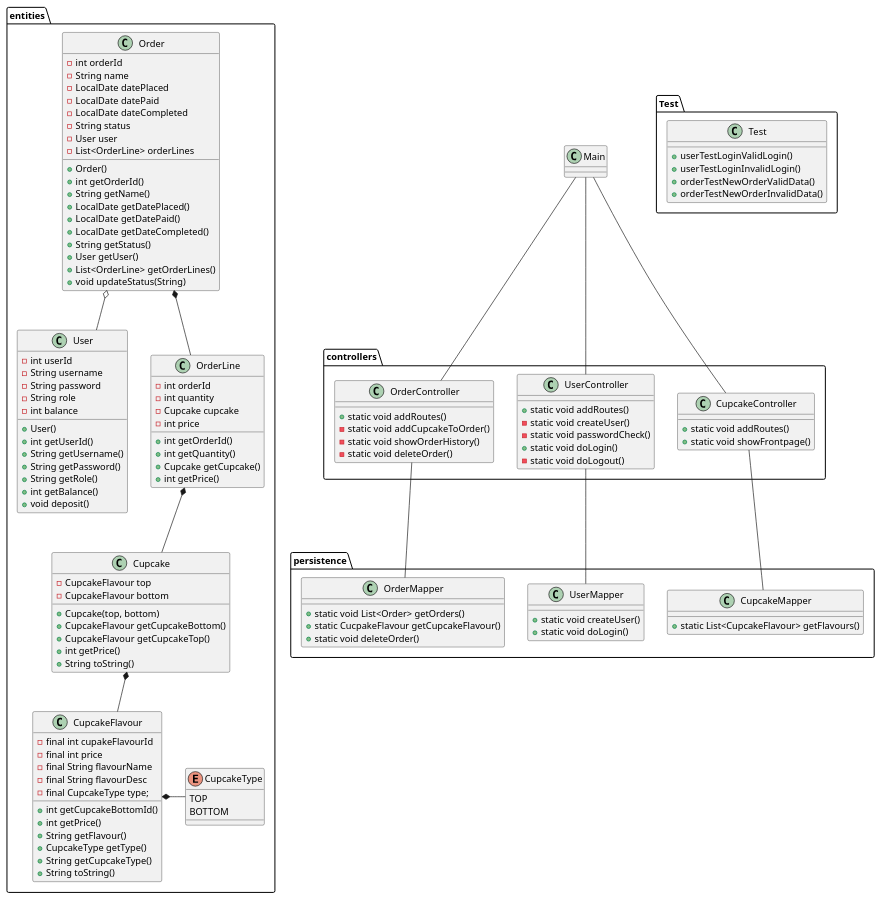
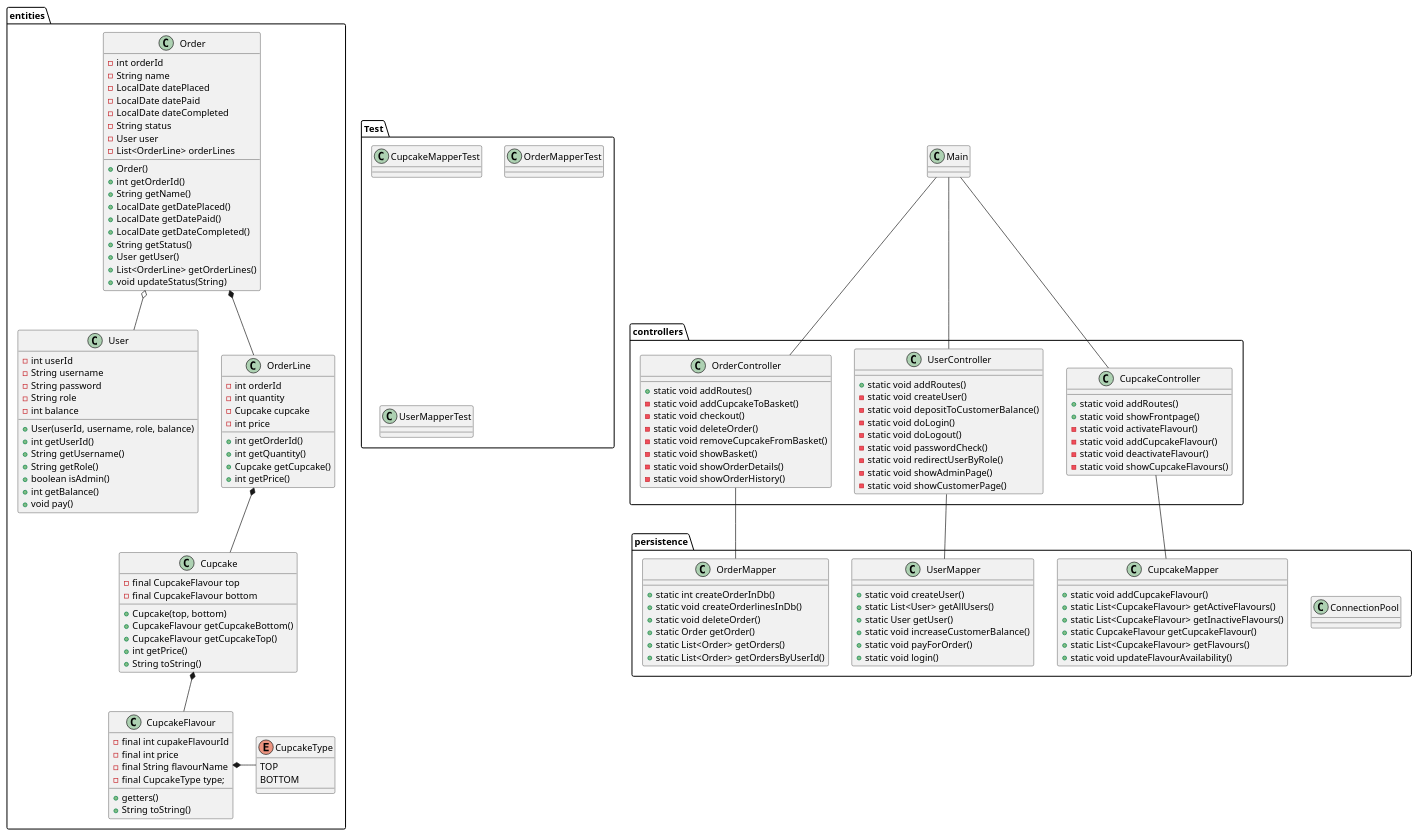
One commit to AndyTheDragon/Cupcake changed the diagram in docs/class-diagramv1.puml. Above: the diagram before and after it, drawn with PlantUML. The commit also changed 8 other files, not shown here.

Commit message:
UML diagrammer

```diff
--- a/docs/class-diagramv1.puml
+++ b/docs/class-diagramv1.puml
@@ -1,146 +1,165 @@
 @startuml
 'https://plantuml.com/class-diagram
 
 class Main {
 }
 
 package entities {
     enum CupcakeType {
         TOP
         BOTTOM
     }
     class CupcakeFlavour {
         - final int cupakeFlavourId
         - final int price
         - final String flavourName
-        - final String flavourDesc
         - final CupcakeType type;
-        + int getCupcakeBottomId()
-        + int getPrice()
-        + String getFlavour()
-        + CupcakeType getType()
-        + String getCupcakeType()
+        + getters()
         'override
         + String toString()
     }
 
     class Cupcake {
-        - CupcakeFlavour top
-        - CupcakeFlavour bottom
+        - final CupcakeFlavour top
+        - final CupcakeFlavour bottom
         + Cupcake(top, bottom)
         + CupcakeFlavour getCupcakeBottom()
         + CupcakeFlavour getCupcakeTop()
         + int getPrice()
         'override
         + String toString()
     }
 
     class User {
         - int userId
         - String username
         - String password
         - String role
         - int balance
-        + User()
+        + User(userId, username, role, balance)
         + int getUserId()
         + String getUsername()
-        + String getPassword()
         + String getRole()
+        + boolean isAdmin()
         + int getBalance()
-        + void deposit()
+        + void pay()
     }
 
     class Order {
         - int orderId
         - String name
         - LocalDate datePlaced
         - LocalDate datePaid
         - LocalDate dateCompleted
         - String status
         - User user
         - List<OrderLine> orderLines
         + Order()
         + int getOrderId()
         + String getName()
         + LocalDate getDatePlaced()
         + LocalDate getDatePaid()
         + LocalDate getDateCompleted()
         + String getStatus()
         + User getUser()
         + List<OrderLine> getOrderLines()
         + void updateStatus(String)
     }
     class OrderLine {
         - int orderId
         - int quantity
         - Cupcake cupcake
         - int price
         + int getOrderId()
         + int getQuantity()
         + Cupcake getCupcake()
         + int getPrice()
     }
 }
 
 package controllers {
     class CupcakeController {
         + static void addRoutes()
         + static void showFrontpage()
+        - static void activateFlavour()
+        - static void addCupcakeFlavour()
+        - static void deactivateFlavour()
+        - static void showCupcakeFlavours()
+
     }
     class UserController {
         + static void addRoutes()
         - static void createUser()
+        - static void depositToCustomerBalance()
+        - static void doLogin()
+        - static void doLogout()
         - static void passwordCheck()
-        + static void doLogin()
-        - static void doLogout()
+        - static void redirectUserByRole()
+        - static void showAdminPage()
+        - static void showCustomerPage()
     }
     class OrderController {
         + static void addRoutes()
-        - static void addCupcakeToOrder()
+        - static void addCupcakeToBasket()
+        - static void checkout()
+        - static void deleteOrder()
+        - static void removeCupcakeFromBasket()
+        - static void showBasket()
+        - static void showOrderDetails()
         - static void showOrderHistory()
-        - static void deleteOrder()
     }
 }
 
 package persistence {
+    class ConnectionPool {
+    }
     class CupcakeMapper {
+        + static void addCupcakeFlavour()
+        + static List<CupcakeFlavour> getActiveFlavours()
+        + static List<CupcakeFlavour> getInactiveFlavours()
+        + static CupcakeFlavour getCupcakeFlavour()
         + static List<CupcakeFlavour> getFlavours()
+        + static void updateFlavourAvailability()
 
     }
     class OrderMapper {
-        + static void List<Order> getOrders()
-        + static CucpakeFlavour getCupcakeFlavour()
+        + static int createOrderInDb()
+        + static void createOrderlinesInDb()
         + static void deleteOrder()
+        + static Order getOrder()
+        + static List<Order> getOrders()
+        + static List<Order> getOrdersByUserId()
     }
 
     class UserMapper {
         + static void createUser()
-        + static void doLogin()
-
+        + static List<User> getAllUsers()
+        + static User getUser()
+        + static void increaseCustomerBalance()
+        + static void payForOrder()
+        + static void login()
     }
 }
 
 package Test {
- class Test {
-    + userTestLoginValidLogin()
-    + userTestLoginInvalidLogin()
-    + orderTestNewOrderValidData()
-    + orderTestNewOrderInvalidData()
-
-
- }
+    class CupcakeMapperTest {
+        }
+    class OrderMapperTest {
+        }
+    class UserMapperTest {
+        }
 }
 
 Main -- CupcakeController
 Main -- OrderController
 Main -- UserController
 CupcakeController -- CupcakeMapper
 OrderController -- OrderMapper
 UserController -- UserMapper
 Cupcake *-- CupcakeFlavour
 Order *-- OrderLine
 Order o-- User
 OrderLine *-- Cupcake
 CupcakeFlavour *- CupcakeType
 
 @enduml
```
